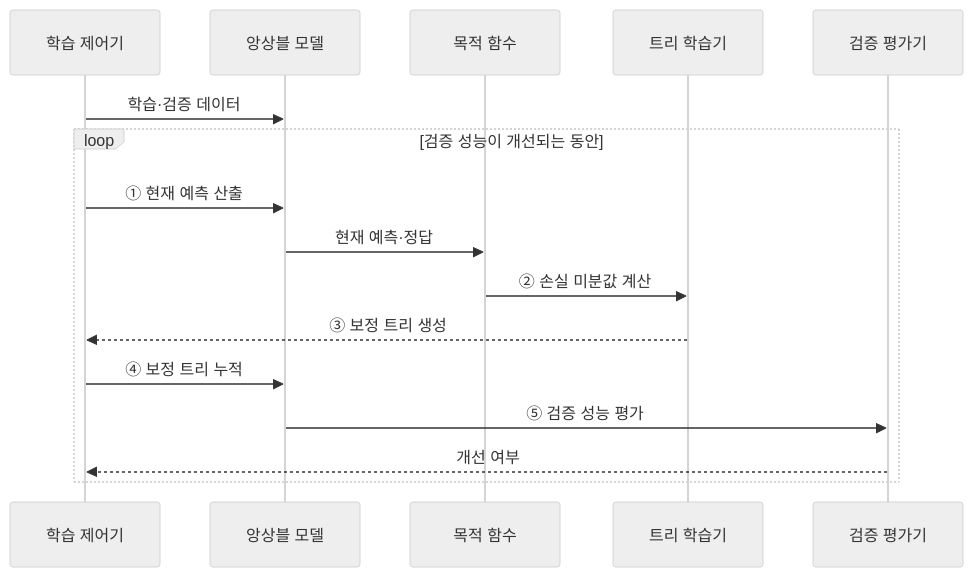
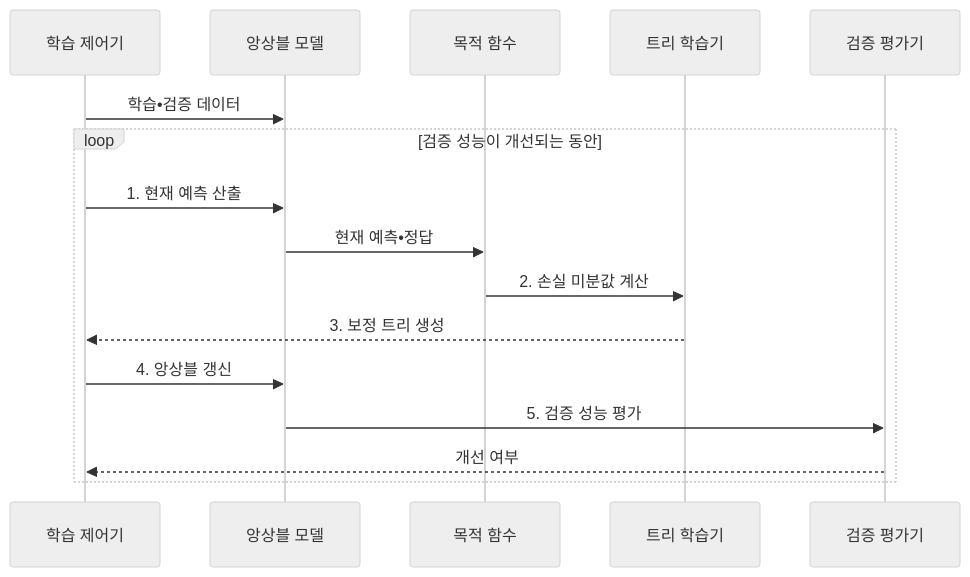
Before and after one commit to agnusdei1207/knowledge-base: the second of 2 diagrams in src/content/docs/notes/01-basic-theory/053_xgboost_lightgbm.md, drawn with Mermaid (neutral theme). The commit also changed other lines of this file and 20 other files, not shown here.

````diff
--- a/src/content/docs/notes/01-basic-theory/053_xgboost_lightgbm.md
+++ b/src/content/docs/notes/01-basic-theory/053_xgboost_lightgbm.md
@@ -78,18 +81,18 @@
 ```mermaid
 sequenceDiagram
     participant C as 학습 제어기
     participant M as 앙상블 모델
     participant O as 목적 함수
     participant T as 트리 학습기
     participant V as 검증 평가기
-    C->>M: 학습·검증 데이터
+    C->>M: 학습•검증 데이터
     loop 검증 성능이 개선되는 동안
-        C->>M: ① 현재 예측 산출
-        M->>O: 현재 예측·정답
-        O->>T: ② 손실 미분값 계산
-        T-->>C: ③ 보정 트리 생성
-        C->>M: ④ 보정 트리 누적
-        M->>V: ⑤ 검증 성능 평가
+        C->>M: 1. 현재 예측 산출
+        M->>O: 현재 예측•정답
+        O->>T: 2. 손실 미분값 계산
+        T-->>C: 3. 보정 트리 생성
+        C->>M: 4. 앙상블 갱신
+        M->>V: 5. 검증 성능 평가
         V-->>C: 개선 여부
     end
 ```
````
